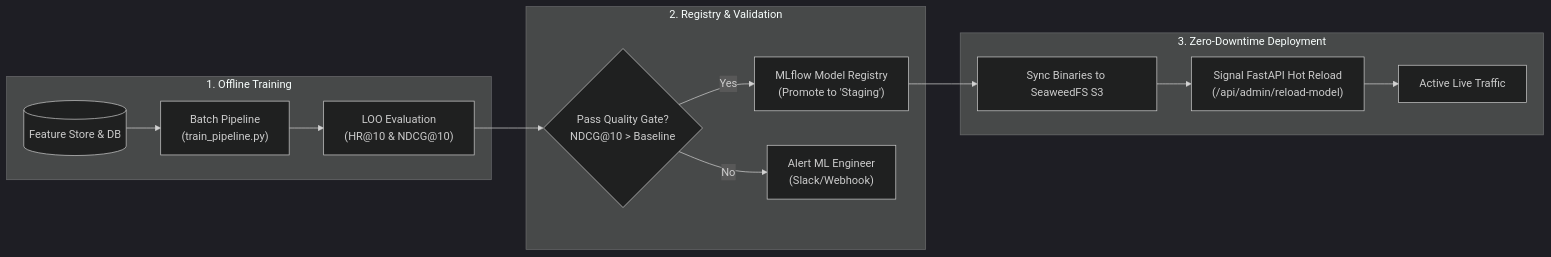
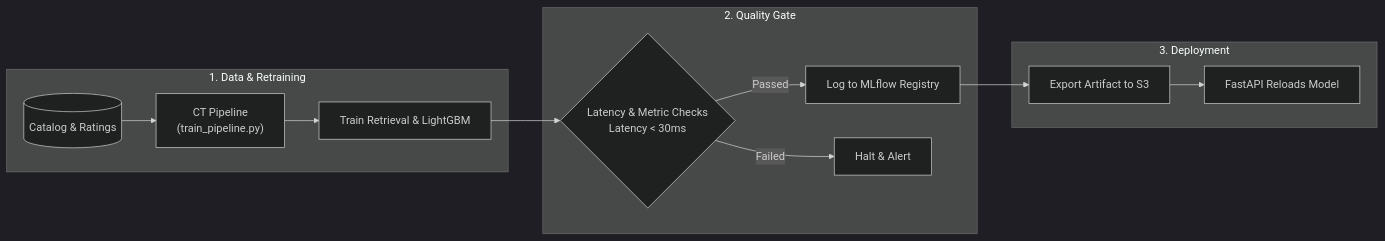
Before and after one commit to dducsw/movie-recsys: the second of 2 diagrams in docs/deployment.md, drawn with Mermaid (dark theme). The commit also changed other lines of this file and 204 other files, not shown here.

````diff
--- a/docs/deployment.md
+++ b/docs/deployment.md
@@ -50,19 +61,18 @@
 ```mermaid
 flowchart LR
-    subgraph Training ["1. Offline Training"]
-        Data[("Feature Store & DB")] --> Train["Batch Pipeline<br/>(train_pipeline.py)"]
-        Train --> Eval["LOO Evaluation<br/>(HR@10 & NDCG@10)"]
+    subgraph Step1 ["1. Data & Retraining"]
+        Data[("Catalog & Ratings")] --> CT["CT Pipeline<br/>(train_pipeline.py)"]
+        CT --> Fit["Train Retrieval & LightGBM"]
     end
 
-    subgraph Governance ["2. Registry & Validation"]
-        Eval --> Gate{"Pass Quality Gate?<br/>NDCG@10 > Baseline"}
-        Gate -->|Yes| Register["MLflow Model Registry<br/>(Promote to 'Staging')"]
-        Gate -->|No| Alert["Alert ML Engineer<br/>(Slack/Webhook)"]
+    subgraph Step2 ["2. Quality Gate"]
+        Fit --> Gate{"Latency & Metric Checks<br/>Latency < 30ms"}
+        Gate -->|Passed| Log["Log to MLflow Registry"]
+        Gate -->|Failed| Block["Halt & Alert"]
     end
 
-    subgraph Release ["3. Zero-Downtime Deployment"]
-        Register --> S3Upload["Sync Binaries to SeaweedFS S3"]
-        S3Upload --> HotReload["Signal FastAPI Hot Reload<br/>(/api/admin/reload-model)"]
-        HotReload --> Serving["Active Live Traffic"]
+    subgraph Step3 ["3. Deployment"]
+        Log --> S3["Export Artifact to S3"]
+        S3 --> Serve["FastAPI Reloads Model"]
     end
 ```
````
